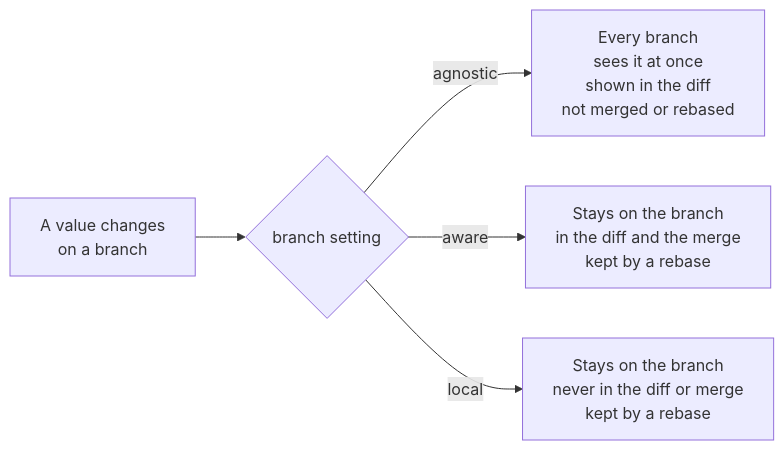
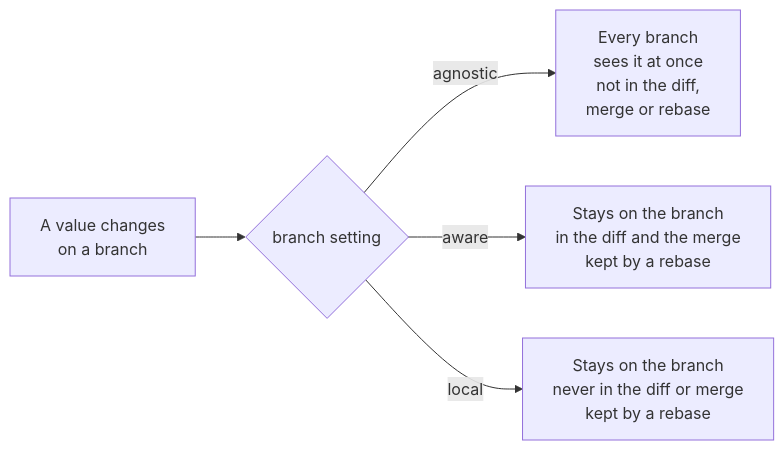
Before and after one commit to opsmill/infrahub: the diagram in docs/docs/schema/branch-awareness.mdx, drawn with Mermaid. The commit also changed other lines of this file and 9 other files, not shown here.

````diff
--- a/docs/docs/schema/branch-awareness.mdx
+++ b/docs/docs/schema/branch-awareness.mdx
@@ -22,15 +22,15 @@
 ```mermaid
 flowchart LR
   W["A value changes
 on a branch"] --> Q{"branch setting"}
   Q -->|agnostic| G["Every branch
 sees it at once
-shown in the diff
-not merged or rebased"]
+not in the diff,
+merge or rebase"]
   Q -->|aware| A["Stays on the branch
 in the diff and the merge
 kept by a rebase"]
   Q -->|local| L["Stays on the branch
 never in the diff or merge
 kept by a rebase"]
 ```
````
